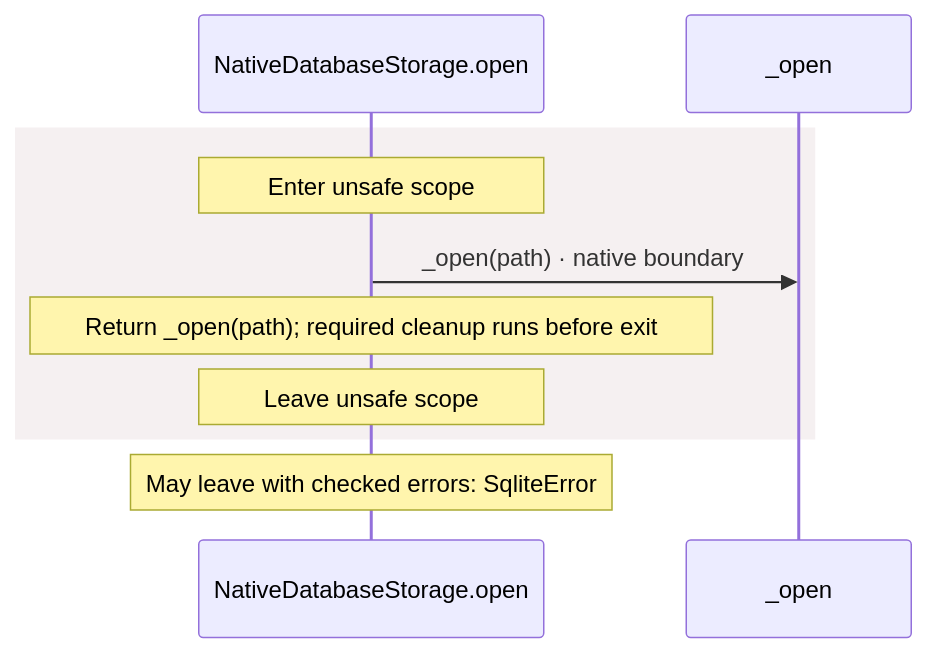
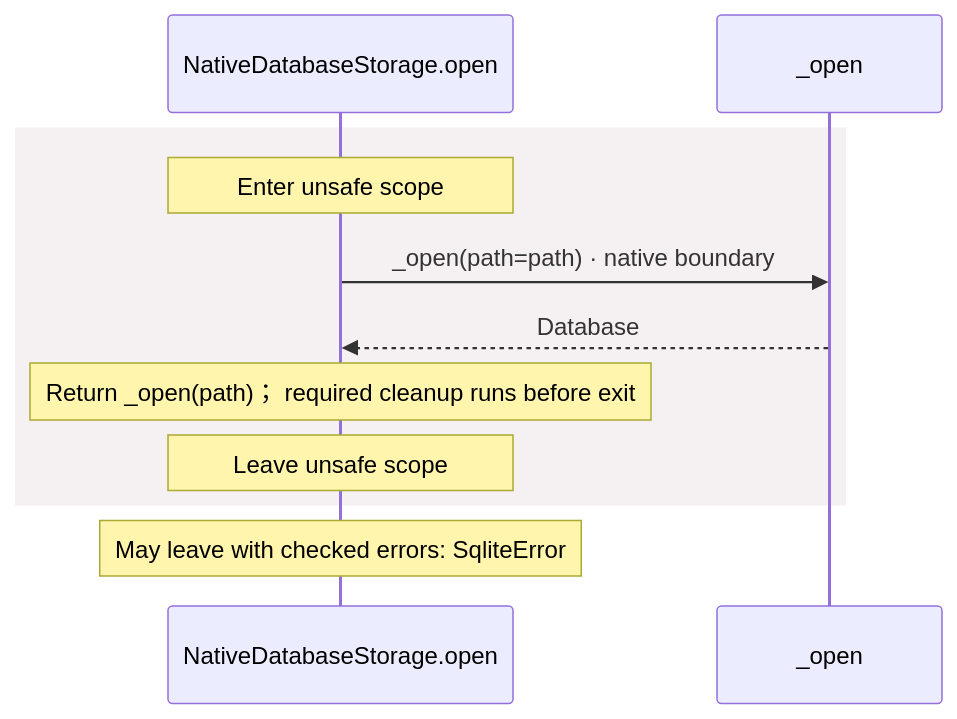
The third of 7 diagrams in docs/examples/native-sqlite/dependencies/packages/@greenpandastudios/aug-sqlite/0.1.5/api-diagrams.md (GreenPandaStudios/augscript), drawn with Mermaid before and after one commit. The commit also changed other lines of this file and 524 other files, not shown here.

Commit message:
Explain checked data flow at folder and service levels

````diff
--- a/docs/examples/native-sqlite/dependencies/packages/@greenpandastudios/aug-sqlite/0.1.5/api-diagrams.md
+++ b/docs/examples/native-sqlite/dependencies/packages/@greenpandastudios/aug-sqlite/0.1.5/api-diagrams.md
@@ -116,12 +95,13 @@
 ```mermaid
 sequenceDiagram
     participant p0 as NativeDatabaseStorage.open
     participant p1 as _open
     rect rgb(245, 240, 241)
     Note over p0: Enter unsafe scope
-    p0->>p1: _open(path) · native boundary
-    Note over p0: Return _open(path)#59; required cleanup runs before exit
+    p0->>p1: _open(path=path) · native boundary
+    p1-->>p0: Database
+    Note over p0: Return _open(path)； required cleanup runs before exit
     Note over p0: Leave unsafe scope
     end
     Note over p0: May leave with checked errors: SqliteError
 ```
````
